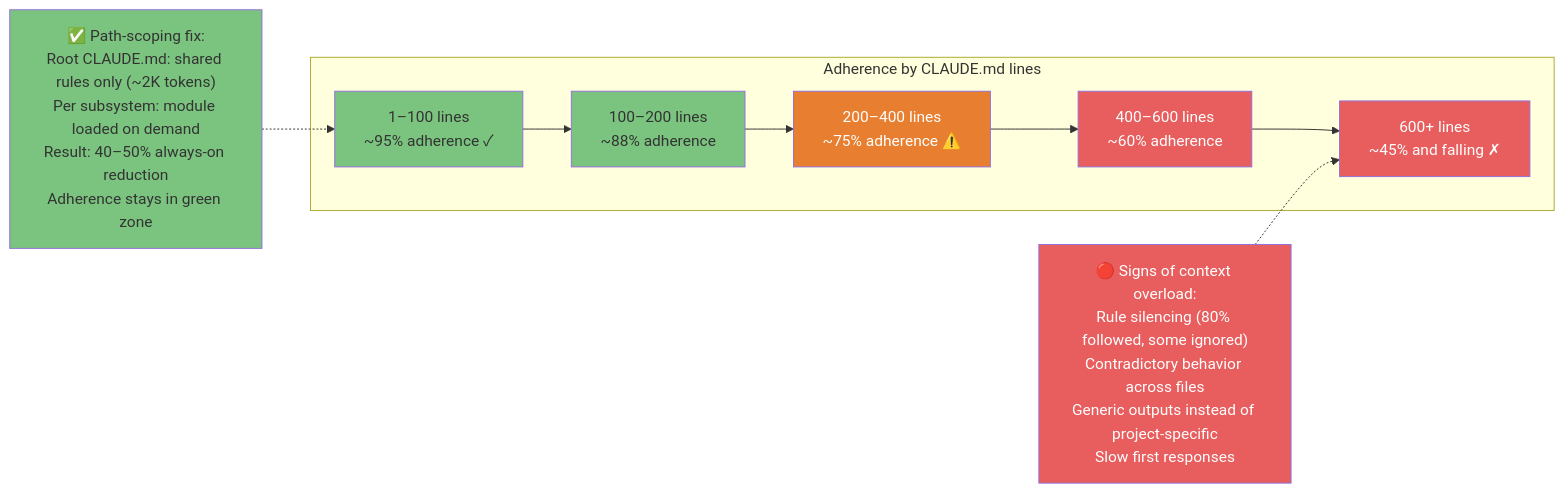
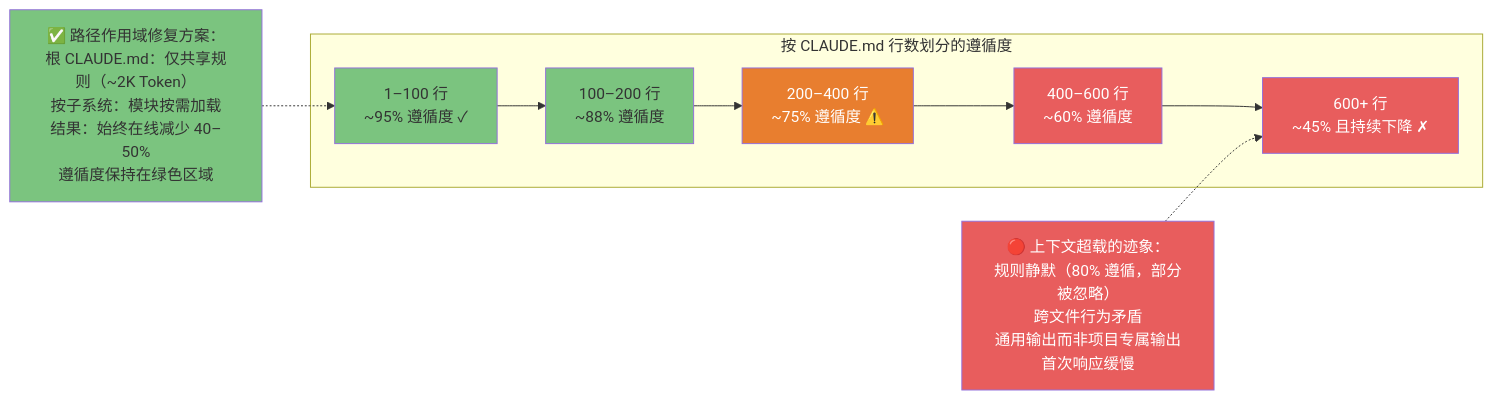
Before and after one commit to lawrencewzen/aispark-wiki: the second of 4 diagrams in claude-code/diagrams/11-context-engineering.md, drawn with Mermaid. The commit also changed other lines of this file and 82 other files, not shown here.

First line of the commit message:
feat: 完成 claude-code/ 目录全量中文翻译

````diff
--- a/claude-code/diagrams/11-context-engineering.md
+++ b/claude-code/diagrams/11-context-engineering.md
@@ -98,32 +98,32 @@
 ```mermaid
 flowchart LR
-    subgraph ZONES["Adherence by CLAUDE.md lines"]
-        Z1["1–100 lines<br/>~95% adherence ✓"]
-        Z2["100–200 lines<br/>~88% adherence"]
-        Z3["200–400 lines<br/>~75% adherence ⚠️"]
-        Z4["400–600 lines<br/>~60% adherence"]
-        Z5["600+ lines<br/>~45% and falling ✗"]
+    subgraph ZONES["按 CLAUDE.md 行数划分的遵循度"]
+        Z1["1–100 行<br/>~95% 遵循度 ✓"]
+        Z2["100–200 行<br/>~88% 遵循度"]
+        Z3["200–400 行<br/>~75% 遵循度 ⚠️"]
+        Z4["400–600 行<br/>~60% 遵循度"]
+        Z5["600+ 行<br/>~45% 且持续下降 ✗"]
     end
 
     Z1 --> Z2 --> Z3 --> Z4 --> Z5
 
-    FIX["✅ Path-scoping fix:<br/>Root CLAUDE.md: shared rules only (~2K tokens)<br/>Per subsystem: module loaded on demand<br/>Result: 40–50% always-on reduction<br/>Adherence stays in green zone"] -.-> Z1
+    FIX["✅ 路径作用域修复方案：<br/>根 CLAUDE.md：仅共享规则（~2K Token）<br/>按子系统：模块按需加载<br/>结果：始终在线减少 40–50%<br/>遵循度保持在绿色区域"] -.-> Z1
 
-    SIGNALS["🔴 Signs of context overload:<br/>Rule silencing (80% followed, some ignored)<br/>Contradictory behavior across files<br/>Generic outputs instead of project-specific<br/>Slow first responses"] -.-> Z5
+    SIGNALS["🔴 上下文超载的迹象：<br/>规则静默（80% 遵循，部分被忽略）<br/>跨文件行为矛盾<br/>通用输出而非项目专属输出<br/>首次响应缓慢"] -.-> Z5
 
     style Z1 fill:#7BC47F,color:#333
     style Z2 fill:#7BC47F,color:#333
     style Z3 fill:#E87E2F,color:#fff
     style Z4 fill:#E85D5D,color:#fff
     style Z5 fill:#E85D5D,color:#fff
     style FIX fill:#7BC47F,color:#333
     style SIGNALS fill:#E85D5D,color:#fff
 
-    click Z1 href "https://github.com/claude-code-ultimate-guide/claude-code-ultimate-guide/blob/main/guide/core/context-engineering.md#2-the-context-budget" "1-100 lines: ~95%"
-    click Z2 href "https://github.com/claude-code-ultimate-guide/claude-code-ultimate-guide/blob/main/guide/core/context-engineering.md#2-the-context-budget" "100-200 lines: ~88%"
-    click Z3 href "https://github.com/claude-code-ultimate-guide/claude-code-ultimate-guide/blob/main/guide/core/context-engineering.md#2-the-context-budget" "200-400 lines: ~75%"
-    click Z4 href "https://github.com/claude-code-ultimate-guide/claude-code-ultimate-guide/blob/main/guide/core/context-engineering.md#2-the-context-budget" "400-600 lines: ~60%"
-    click Z5 href "https://github.com/claude-code-ultimate-guide/claude-code-ultimate-guide/blob/main/guide/core/context-engineering.md#2-the-context-budget" "600+ lines: ~45%"
-    click FIX href "https://github.com/claude-code-ultimate-guide/claude-code-ultimate-guide/blob/main/guide/core/context-engineering.md#2-the-context-budget" "Path-scoping fix"
-    click SIGNALS href "https://github.com/claude-code-ultimate-guide/claude-code-ultimate-guide/blob/main/guide/core/context-engineering.md#2-the-context-budget" "Signs of overload"
+    click Z1 href "https://github.com/claude-code-ultimate-guide/claude-code-ultimate-guide/blob/main/guide/core/context-engineering.md#2-the-context-budget" "1-100 行：~95%"
+    click Z2 href "https://github.com/claude-code-ultimate-guide/claude-code-ultimate-guide/blob/main/guide/core/context-engineering.md#2-the-context-budget" "100-200 行：~88%"
+    click Z3 href "https://github.com/claude-code-ultimate-guide/claude-code-ultimate-guide/blob/main/guide/core/context-engineering.md#2-the-context-budget" "200-400 行：~75%"
+    click Z4 href "https://github.com/claude-code-ultimate-guide/claude-code-ultimate-guide/blob/main/guide/core/context-engineering.md#2-the-context-budget" "400-600 行：~60%"
+    click Z5 href "https://github.com/claude-code-ultimate-guide/claude-code-ultimate-guide/blob/main/guide/core/context-engineering.md#2-the-context-budget" "600+ 行：~45%"
+    click FIX href "https://github.com/claude-code-ultimate-guide/claude-code-ultimate-guide/blob/main/guide/core/context-engineering.md#2-the-context-budget" "路径作用域修复方案"
+    click SIGNALS href "https://github.com/claude-code-ultimate-guide/claude-code-ultimate-guide/blob/main/guide/core/context-engineering.md#2-the-context-budget" "超载迹象"
 ```
````
